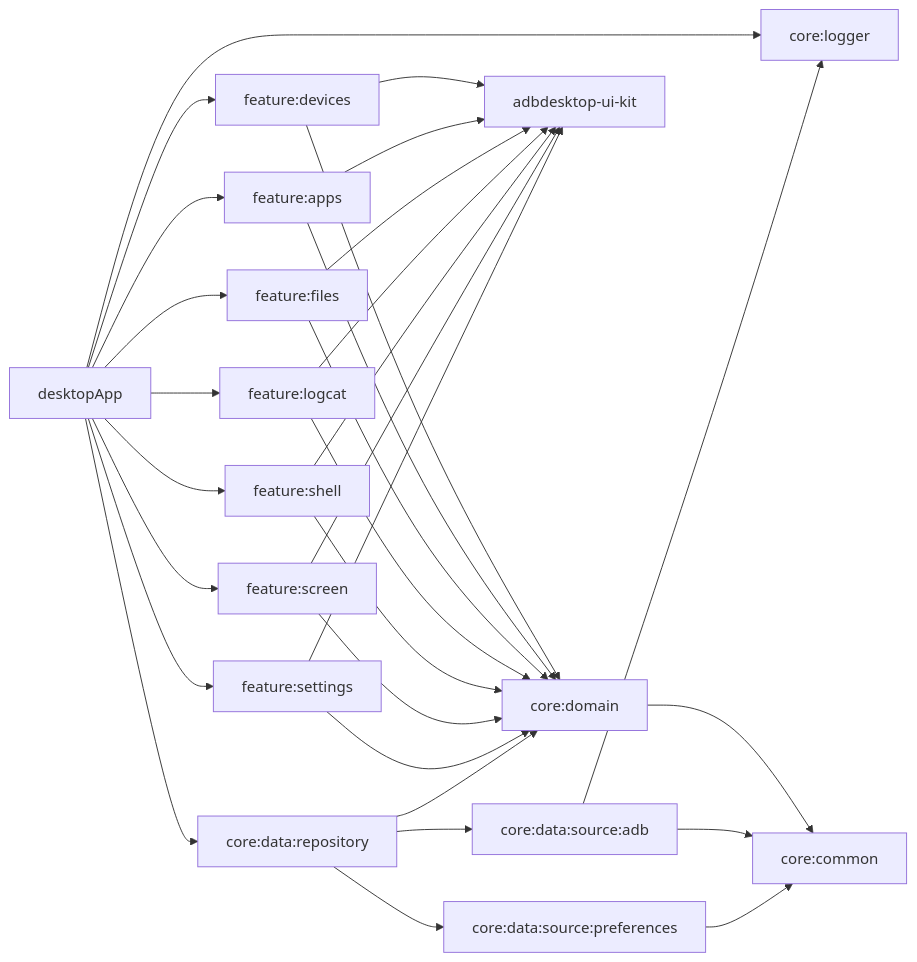
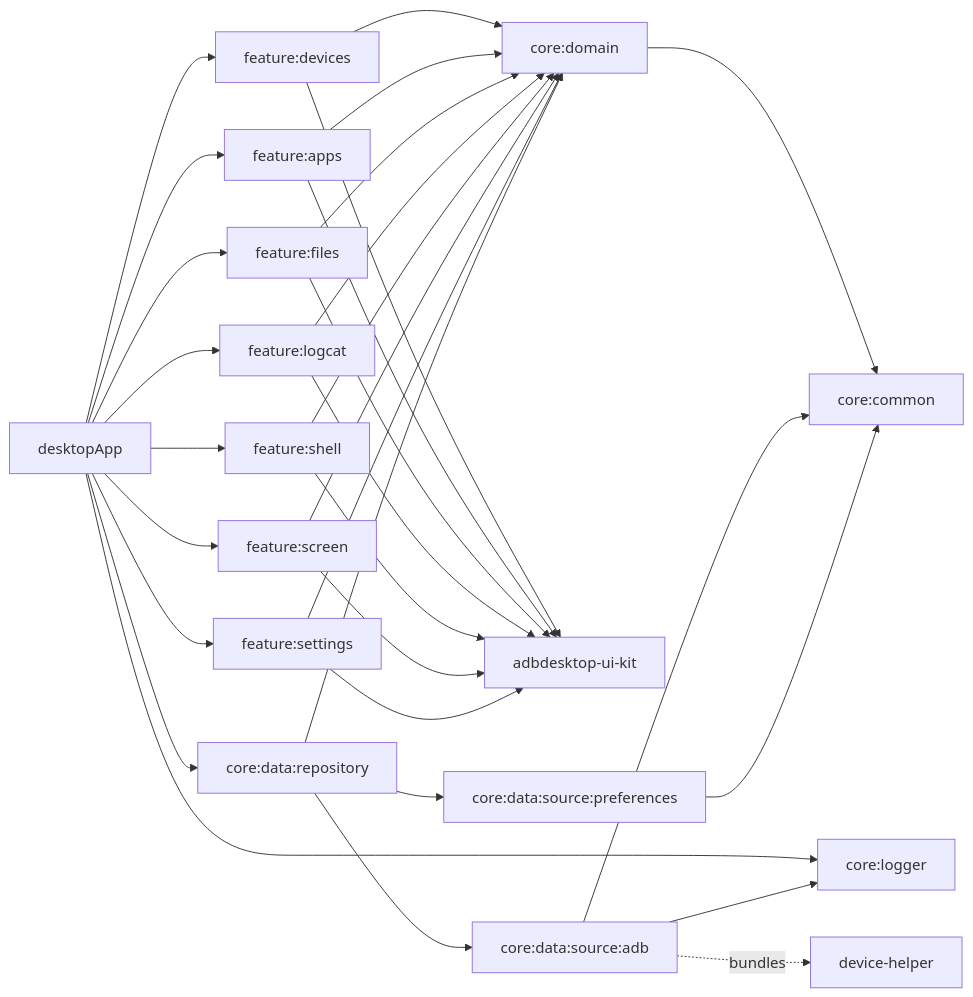
The diagram in README.md (kvothe321/adb-desktop), drawn with Mermaid before and after one commit. The commit also changed other lines of this file and 31 other files, not shown here.

````diff
--- a/README.md
+++ b/README.md
@@ -84,36 +85,37 @@
 ```mermaid
 graph LR
     desktopApp --> feature_devices[feature:devices]
     desktopApp --> feature_apps[feature:apps]
     desktopApp --> feature_files[feature:files]
     desktopApp --> feature_logcat[feature:logcat]
     desktopApp --> feature_shell[feature:shell]
     desktopApp --> feature_screen[feature:screen]
     desktopApp --> feature_settings[feature:settings]
     desktopApp --> repository[core:data:repository]
     desktopApp --> logger[core:logger]
 
     feature_devices --> domain[core:domain]
     feature_apps --> domain
     feature_files --> domain
     feature_logcat --> domain
     feature_shell --> domain
     feature_screen --> domain
     feature_settings --> domain
     feature_devices --> uikit[adbdesktop-ui-kit]
     feature_apps --> uikit
     feature_files --> uikit
     feature_logcat --> uikit
     feature_shell --> uikit
     feature_screen --> uikit
     feature_settings --> uikit
 
     repository --> domain
     repository --> adb[core:data:source:adb]
     repository --> preferences[core:data:source:preferences]
 
     domain --> common[core:common]
     adb --> common
     adb --> logger
+    adb -. bundles .-> helper[device-helper]
     preferences --> common
 ```
````
